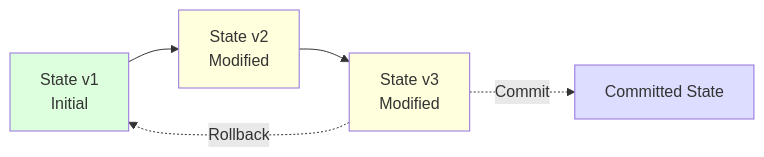
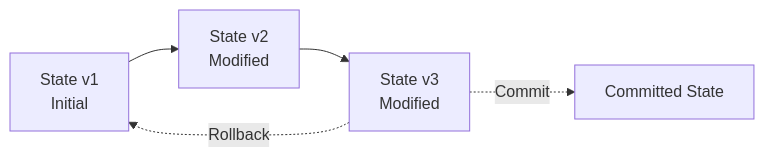
Before and after one commit to nexepic/zyx: the eighth of 9 diagrams in docs/en/architecture/transactions.md, drawn with Mermaid. The commit also changed other lines of this file and 165 other files, not shown here.

````diff
--- a/docs/en/architecture/transactions.md
+++ b/docs/en/architecture/transactions.md
@@ -198,12 +190,7 @@
 ```mermaid
 graph LR
     S1[State v1<br/>Initial] --> S2[State v2<br/>Modified]
     S2 --> S3[State v3<br/>Modified]
     S3 -.->|Commit| S4[Committed State]
     S3 -.->|Rollback| S1
-
-    style S1 fill:#dfd
-    style S2 fill:#ffd
-    style S3 fill:#ffd
-    style S4 fill:#ddf
 ```
````
